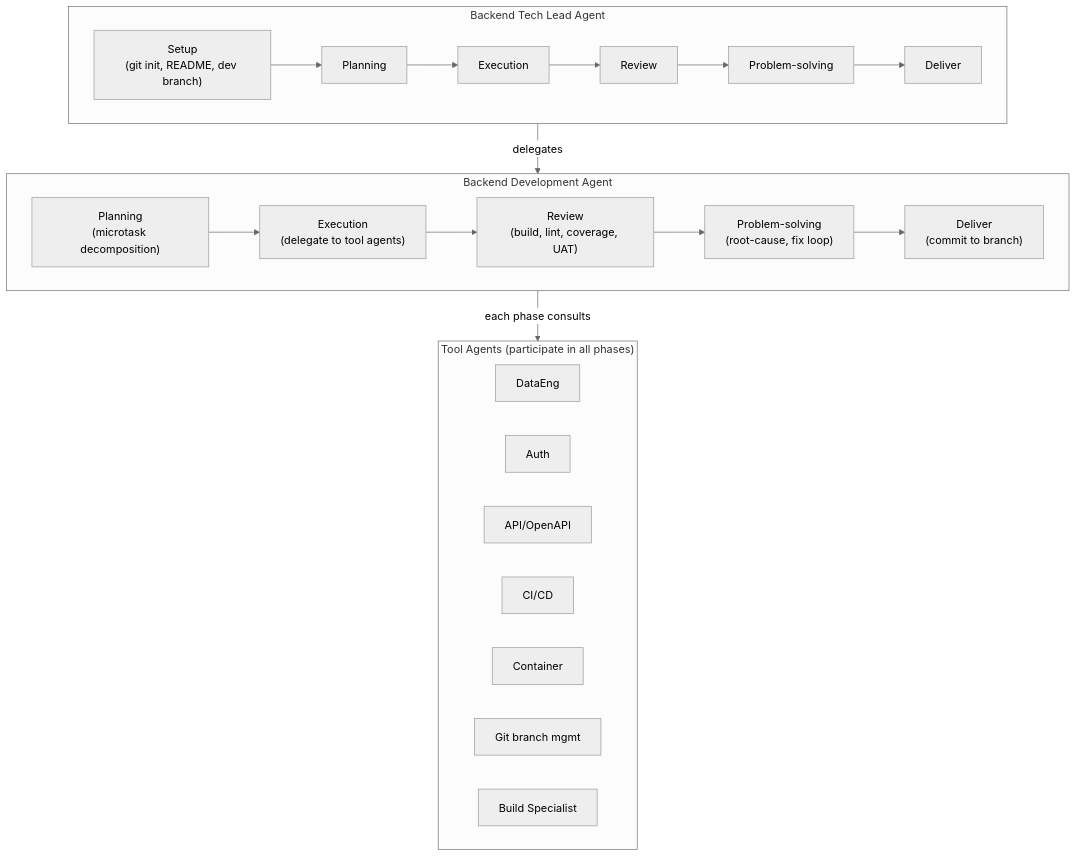
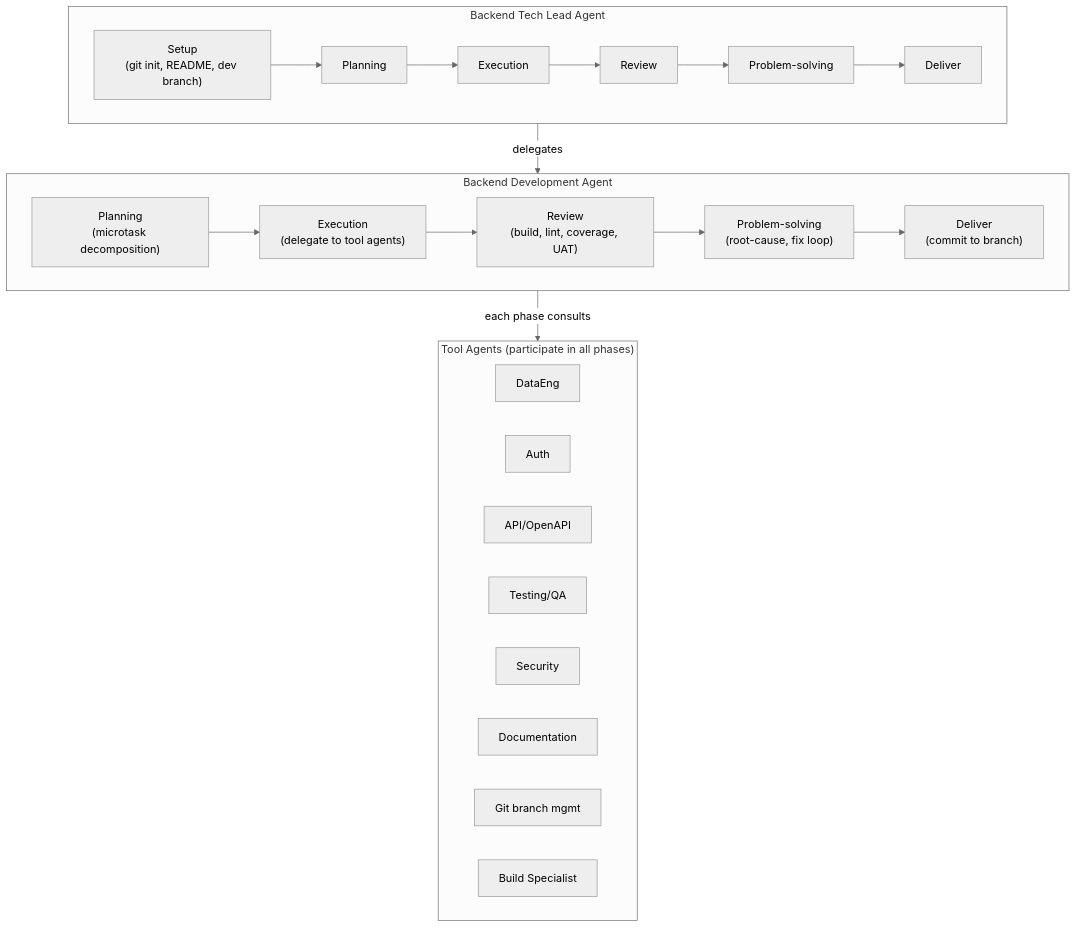
The sixth of 15 diagrams in docs/ARCHITECTURE.md (brandonkindred/Khala-Agentic-AI-Teams), drawn with Mermaid (neutral theme) before and after one commit. The commit also changed other lines of this file and 6 other files, not shown here.

````diff
--- a/docs/ARCHITECTURE.md
+++ b/docs/ARCHITECTURE.md
@@ -253,35 +253,36 @@
 ```mermaid
 flowchart TB
     subgraph techLead ["Backend Tech Lead Agent"]
         Setup["Setup\n(git init, README, dev branch)"]
         TLPlanning["Planning"]
         TLExecution["Execution"]
         TLReview["Review"]
         TLProblemSolving["Problem-solving"]
         TLDeliver["Deliver"]
         Setup --> TLPlanning --> TLExecution --> TLReview --> TLProblemSolving --> TLDeliver
     end
 
     subgraph devAgent ["Backend Development Agent"]
         DAPlanning["Planning\n(microtask decomposition)"]
         DAExecution["Execution\n(delegate to tool agents)"]
         DAReview["Review\n(build, lint, coverage, UAT)"]
         DAProblemSolving["Problem-solving\n(root-cause, fix loop)"]
         DADeliver["Deliver\n(commit to branch)"]
         DAPlanning --> DAExecution --> DAReview --> DAProblemSolving --> DADeliver
     end
 
     subgraph toolGrid ["Tool Agents (participate in all phases)"]
         direction LR
         DataEng["DataEng"]
         Auth["Auth"]
         ApiOA["API/OpenAPI"]
-        CICD["CI/CD"]
-        Container["Container"]
+        Testing["Testing/QA"]
+        Security["Security"]
+        Documentation["Documentation"]
         GitBranch["Git branch mgmt"]
         BuildSpec["Build Specialist"]
     end
 
     techLead -->|"delegates"| devAgent
     devAgent -->|"each phase consults"| toolGrid
 ```
````
